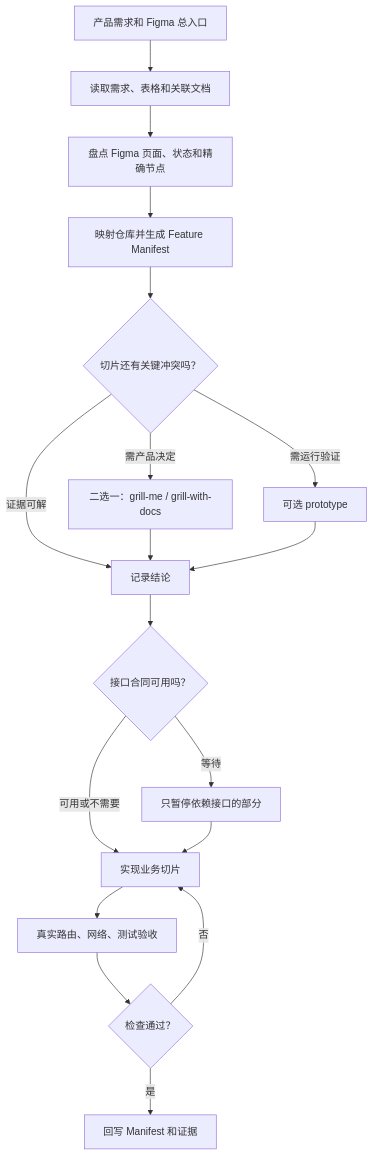
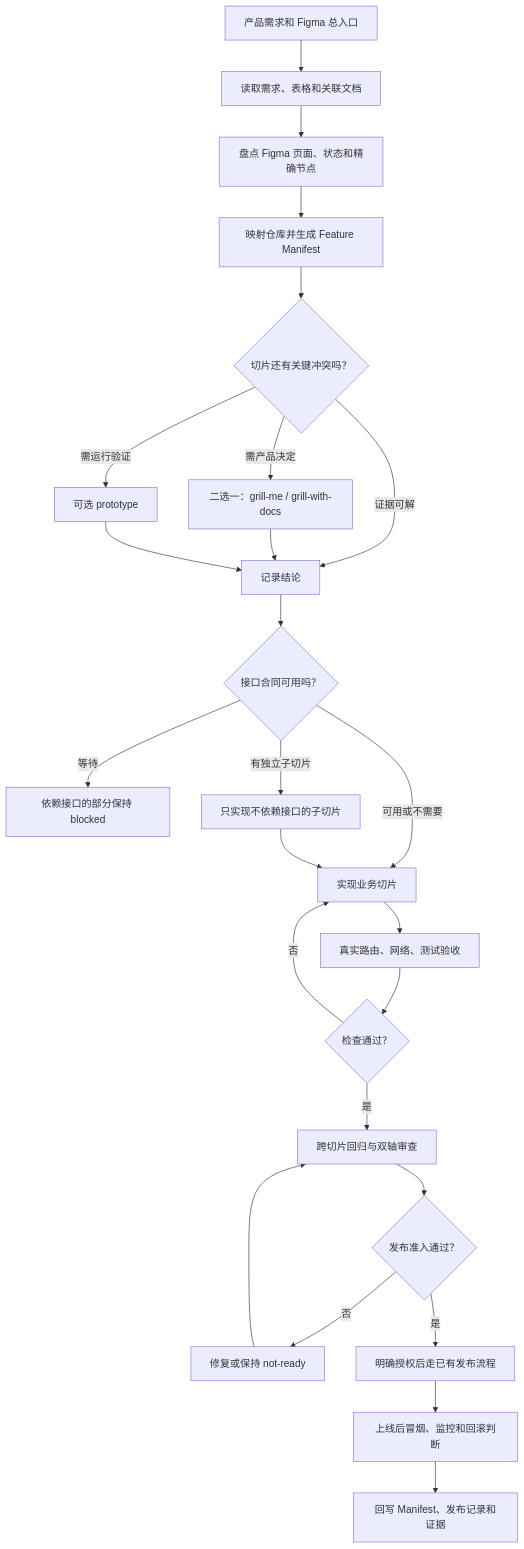
Before and after one commit to woyaofei303/fameex-figma-to-code: the diagram in README.md, drawn with Mermaid. The commit also changed other lines of this file and 11 other files, not shown here.

````diff
--- a/README.md
+++ b/README.md
@@ -228,20 +258,27 @@
 ```mermaid
 flowchart TD
   A["产品需求和 Figma 总入口"] --> B["读取需求、表格和关联文档"]
   B --> C["盘点 Figma 页面、状态和精确节点"]
   C --> D["映射仓库并生成 Feature Manifest"]
   D --> E{"切片还有关键冲突吗？"}
   E -->|证据可解| F["记录结论"]
   E -->|需产品决定| G["二选一：grill-me / grill-with-docs"]
   E -->|需运行验证| H["可选 prototype"]
   G --> F
   H --> F
   F --> I{"接口合同可用吗？"}
-  I -->|等待| J["只暂停依赖接口的部分"]
+  I -->|等待| J["依赖接口的部分保持 blocked"]
+  I -->|有独立子切片| O["只实现不依赖接口的子切片"]
   I -->|可用或不需要| K["实现业务切片"]
-  J --> K
+  O --> K
   K --> L["真实路由、网络、测试验收"]
   L --> M{"检查通过？"}
   M -->|否| K
-  M -->|是| N["回写 Manifest 和证据"]
+  M -->|是| N["跨切片回归与双轴审查"]
+  N --> P{"发布准入通过？"}
+  P -->|否| Q["修复或保持 not-ready"]
+  Q --> N
+  P -->|是| R["明确授权后走已有发布流程"]
+  R --> S["上线后冒烟、监控和回滚判断"]
+  S --> T["回写 Manifest、发布记录和证据"]
 ```
````
